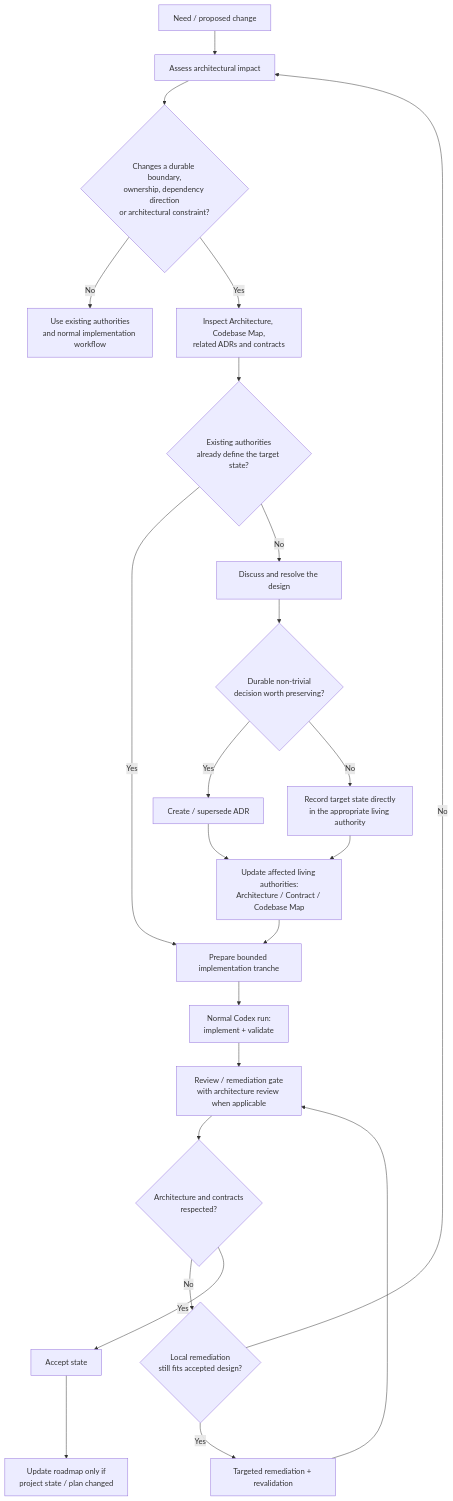
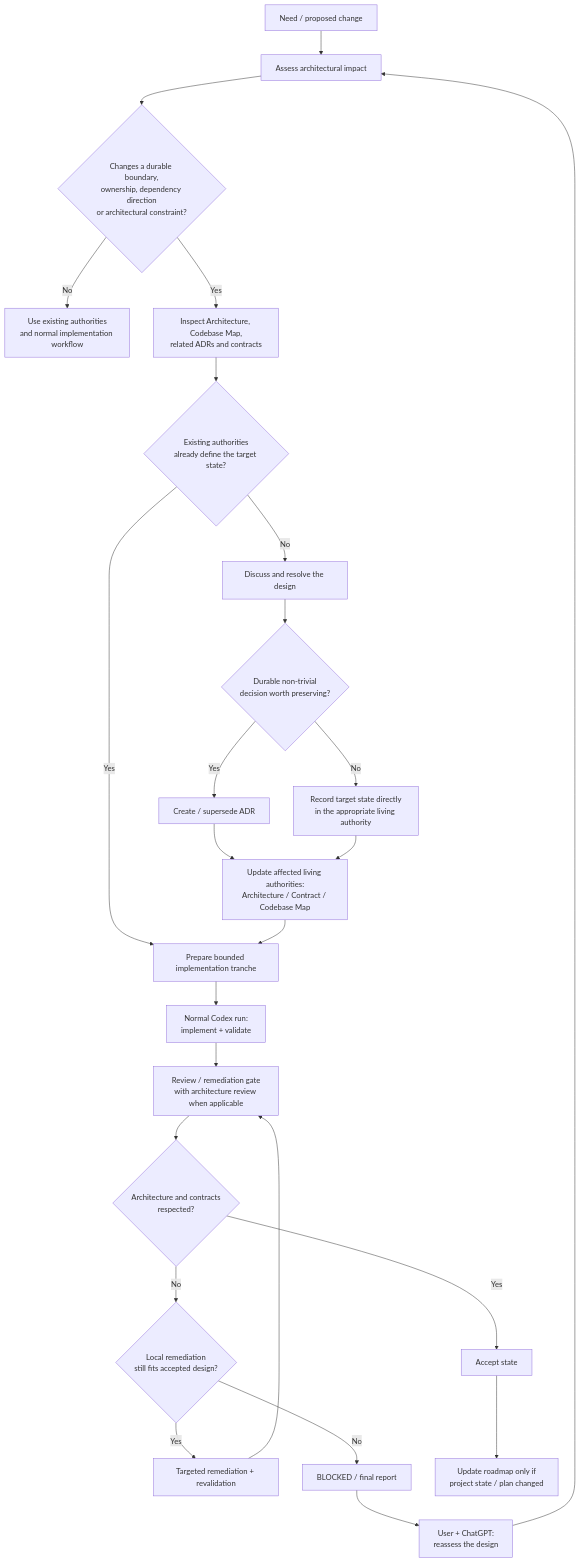
The diagram in architecture/ARCHITECTURE_CHANGE_WORKFLOW.md (Wavell38/ai-assisted-software-engineering-workflow), drawn with Mermaid before and after one commit. The commit also changed 5 other files, not shown here.

````diff
--- a/architecture/ARCHITECTURE_CHANGE_WORKFLOW.md
+++ b/architecture/ARCHITECTURE_CHANGE_WORKFLOW.md
@@ -14,31 +14,33 @@
 ```mermaid
 flowchart TD
     A[Need / proposed change] --> B[Assess architectural impact]
 
     B --> C{Changes a durable boundary,<br/>ownership, dependency direction<br/>or architectural constraint?}
 
     C -->|No| D[Use existing authorities<br/>and normal implementation workflow]
     C -->|Yes| E[Inspect Architecture, Codebase Map,<br/>related ADRs and contracts]
 
     E --> F{Existing authorities<br/>already define the target state?}
     F -->|Yes| G[Prepare bounded implementation tranche]
     F -->|No| H[Discuss and resolve the design]
 
     H --> I{Durable non-trivial<br/>decision worth preserving?}
     I -->|Yes| J[Create / supersede ADR]
     I -->|No| K[Record target state directly<br/>in the appropriate living authority]
 
     J --> L[Update affected living authorities:<br/>Architecture / Contract / Codebase Map]
     K --> L
 
     L --> G
     G --> M[Normal Codex run:<br/>implement + validate]
     M --> N[Review / remediation gate<br/>with architecture review when applicable]
     N --> O{Architecture and contracts<br/>respected?}
     O -->|No| P{Local remediation<br/>still fits accepted design?}
     P -->|Yes| R[Targeted remediation + revalidation]
     R --> N
-    P -->|No| B
+    P -->|No| X[BLOCKED / final report]
+    X --> Y[User + ChatGPT:<br/>reassess the design]
+    Y --> B
     O -->|Yes| Q[Accept state]
     Q --> S[Update roadmap only if<br/>project state / plan changed]
 ```
````
